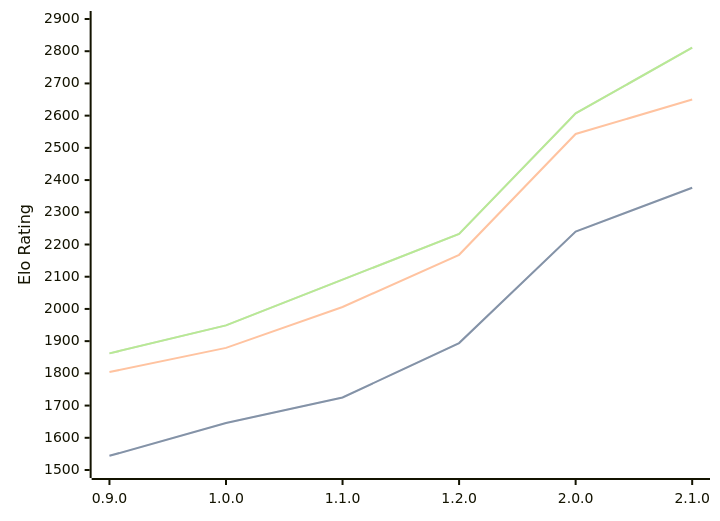
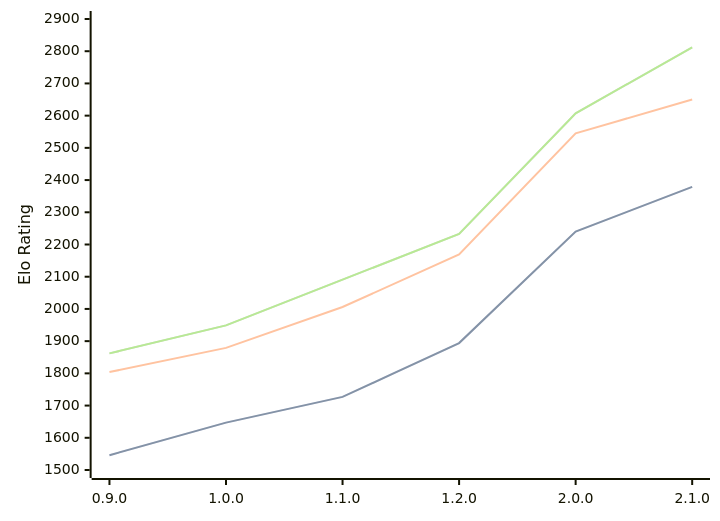
Before and after one commit to computer-chess-index/cci: the diagram in engines/Ratsu.md, drawn with Mermaid. The commit also changed other lines of this file, not shown here.

Commit message:
Update CCI Ratings (ELO VLTC) - 2026-08-23

````diff
--- a/engines/Ratsu.md
+++ b/engines/Ratsu.md
@@ -36,11 +36,11 @@
 ```mermaid
 %%{init: {"theme":"base","themeVariables":{"seriesColors:['#a3a3a3','#222221','#faa371']}}}%%
 xychart-beta
   x-axis ["0.9.0", "1.0.0", "1.1.0", "1.2.0", "2.0.0", "2.1.0"]
   y-axis "Elo Rating" 1500 --> 2900
-  line "STC (8.0+0.08s)" [1544, 1646, 1725, 1894, 2240, 2376]
-  line "STC (8.0+0.08s)" [1544, 1646, 1725, 1894, 2240, 2376]
-  line "LTC (60.0+0.60s)" [1804, 1879, 2006, 2168, 2543, 2650]
-  line "VLTC (2m24s+1.12s)" [1862, 1949, 2091, 2233, 2607, 2811]
-  line "VLTC (2m24s+1.12s)" [1862, 1949, 2091, 2233, 2607, 2811]
+  line "STC (8.0+0.08s)" [1546, 1647, 1727, 1894, 2240, 2379]
+  line "STC (8.0+0.08s)" [1546, 1647, 1727, 1894, 2240, 2379]
+  line "LTC (60.0+0.60s)" [1804, 1879, 2006, 2169, 2545, 2650]
+  line "VLTC (2m24s+1.12s)" [1862, 1949, 2091, 2233, 2607, 2812]
+  line "VLTC (2m24s+1.12s)" [1862, 1949, 2091, 2233, 2607, 2812]
 ```
````
